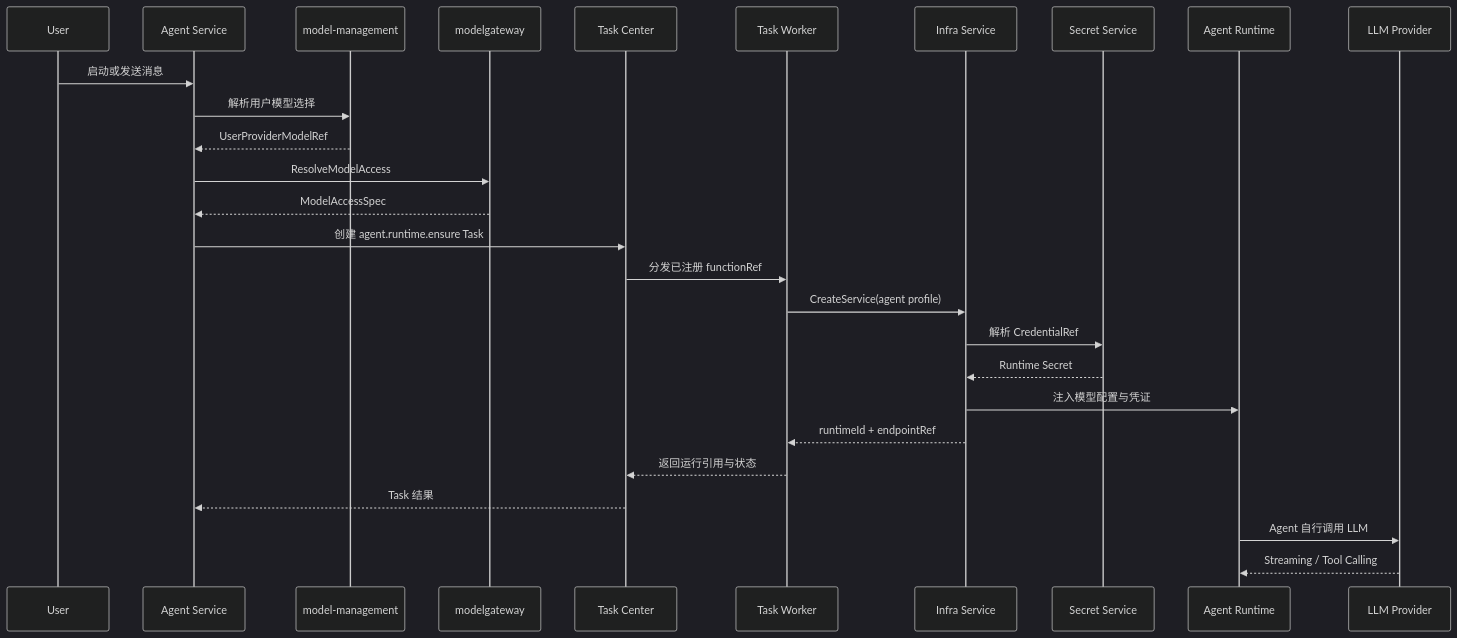
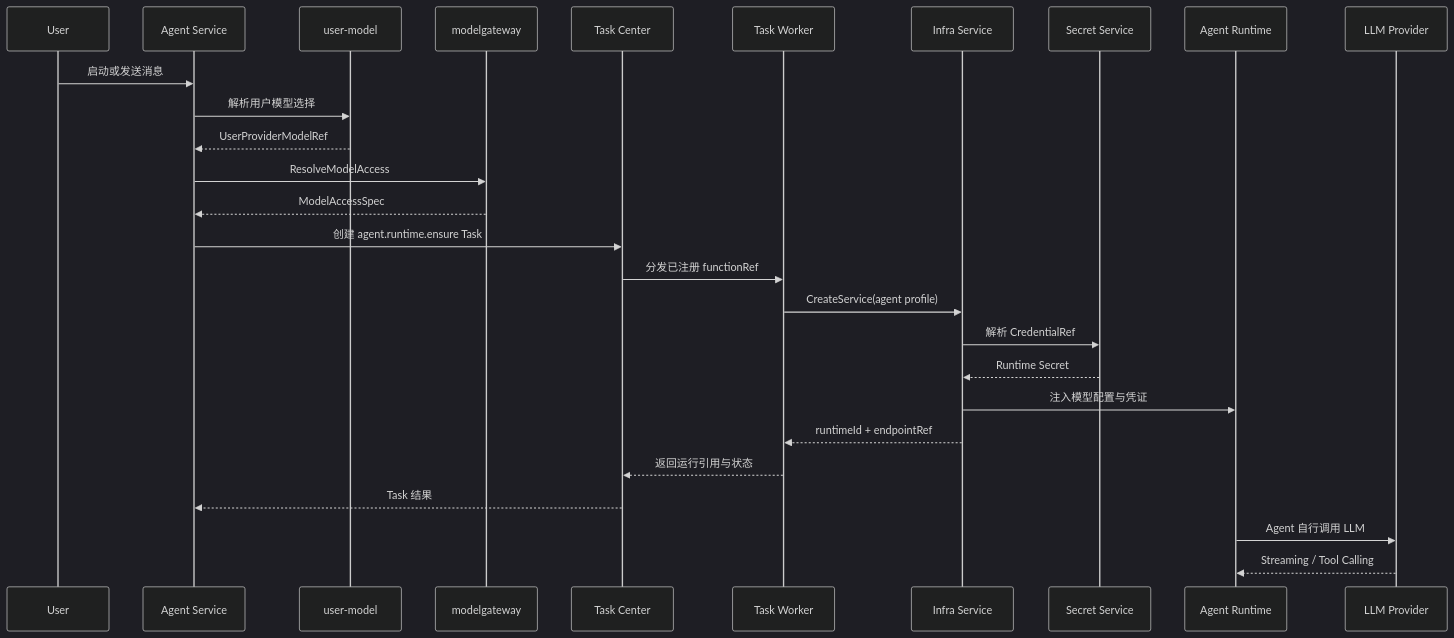
The first of 9 diagrams in 00_product/domains/agent/product-spec.md (wangweihong/omnimam-spec), drawn with Mermaid (dark theme) before and after one commit. The commit also changed other lines of this file and 43 other files, not shown here.

Commit message:
spec: unify user model and model gateway

````diff
--- a/00_product/domains/agent/product-spec.md
+++ b/00_product/domains/agent/product-spec.md
@@ -156,33 +156,33 @@
 ```mermaid
 sequenceDiagram
     participant U as User
     participant AS as Agent Service
-    participant MM as model-management
+    participant MM as user-model
     participant MG as modelgateway
     participant TC as Task Center
     participant TW as Task Worker
     participant IS as Infra Service
     participant SEC as Secret Service
     participant AR as Agent Runtime
     participant LLM as LLM Provider
 
     U->>AS: 启动或发送消息
     AS->>MM: 解析用户模型选择
     MM-->>AS: UserProviderModelRef
 
     AS->>MG: ResolveModelAccess
     MG-->>AS: ModelAccessSpec
 
     AS->>TC: 创建 agent.runtime.ensure Task
     TC->>TW: 分发已注册 functionRef
     TW->>IS: CreateService(agent profile)
     IS->>SEC: 解析 CredentialRef
     SEC-->>IS: Runtime Secret
     IS->>AR: 注入模型配置与凭证
     IS-->>TW: runtimeId + endpointRef
     TW-->>TC: 返回运行引用与状态
     TC-->>AS: Task 结果
 
     AR->>LLM: Agent 自行调用 LLM
     LLM-->>AR: Streaming / Tool Calling
 ```
````
